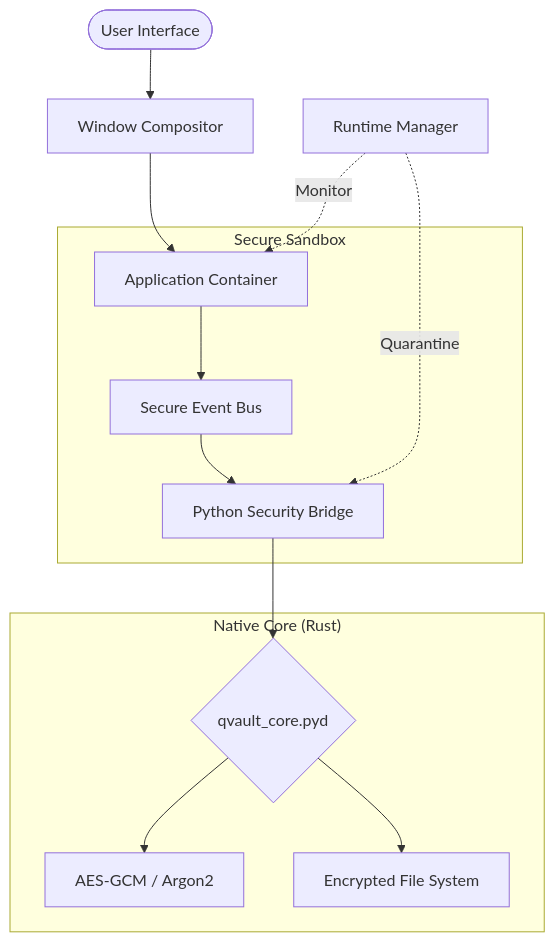
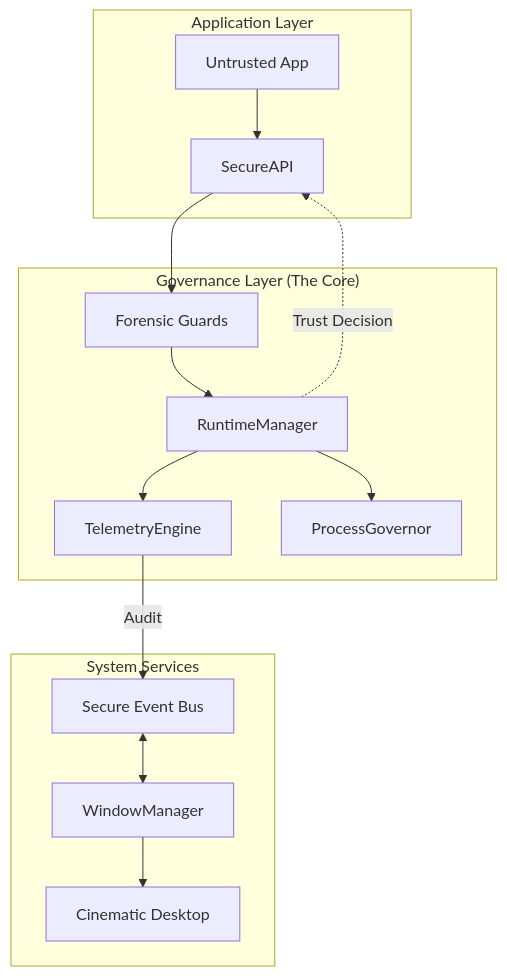
The diagram in README.md (zeyadmohamed2610/Q-VAULT-OS), drawn with Mermaid before and after one commit. The commit also changed other lines of this file and 38 other files, not shown here.

Commit message:
ARCHITECTURAL HARDENING: Integrated Governed Runtime, Forensic Explainability Layer, and Deep-Dive Documentation v1.0.0-Hardened

````diff
--- a/README.md
+++ b/README.md
@@ -68,19 +68,21 @@
 ```mermaid
 graph TD
-    User([User Interface]) --> Compositor[Window Compositor]
-    Compositor --> AppContainer[Application Container]
-
-    subgraph "Secure Sandbox"
-        AppContainer --> EventBus[Secure Event Bus]
-        EventBus --> SecurityAPI[Python Security Bridge]
+    subgraph "Application Layer"
+        App[Untrusted App] --> SA[SecureAPI]
     end
 
-    subgraph "Native Core (Rust)"
-        SecurityAPI --> RustCore{qvault_core.pyd}
-        RustCore --> Crypto[AES-GCM / Argon2]
-        RustCore --> VFS[Encrypted File System]
+    subgraph "Governance Layer (The Core)"
+        SA --> Guard[Forensic Guards]
+        Guard --> RM[RuntimeManager]
+        RM --> TM[TelemetryEngine]
+        RM --> PG[ProcessGovernor]
     end
 
-    Runtime[Runtime Manager] -.-> |Monitor| AppContainer
-    Runtime -.-> |Quarantine| SecurityAPI
+    subgraph "System Services"
+        EB[Secure Event Bus] <--> WM[WindowManager]
+        WM --> UI[Cinematic Desktop]
+    end
+
+    RM -.-> |Trust Decision| SA
+    TM --> |Audit| EB
 ```
````
